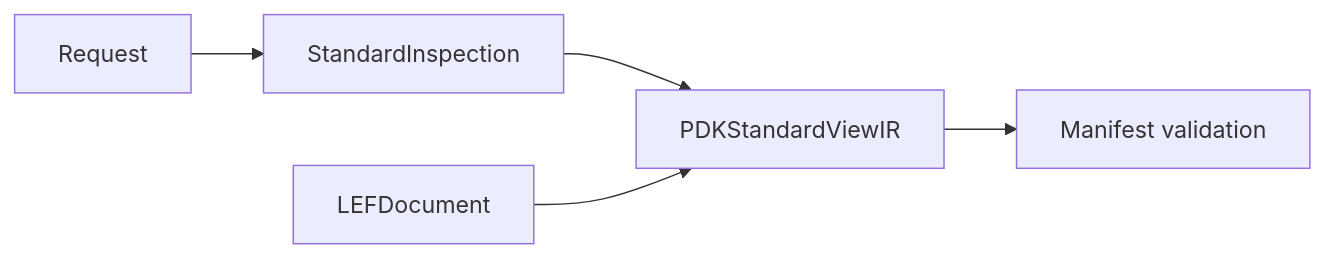
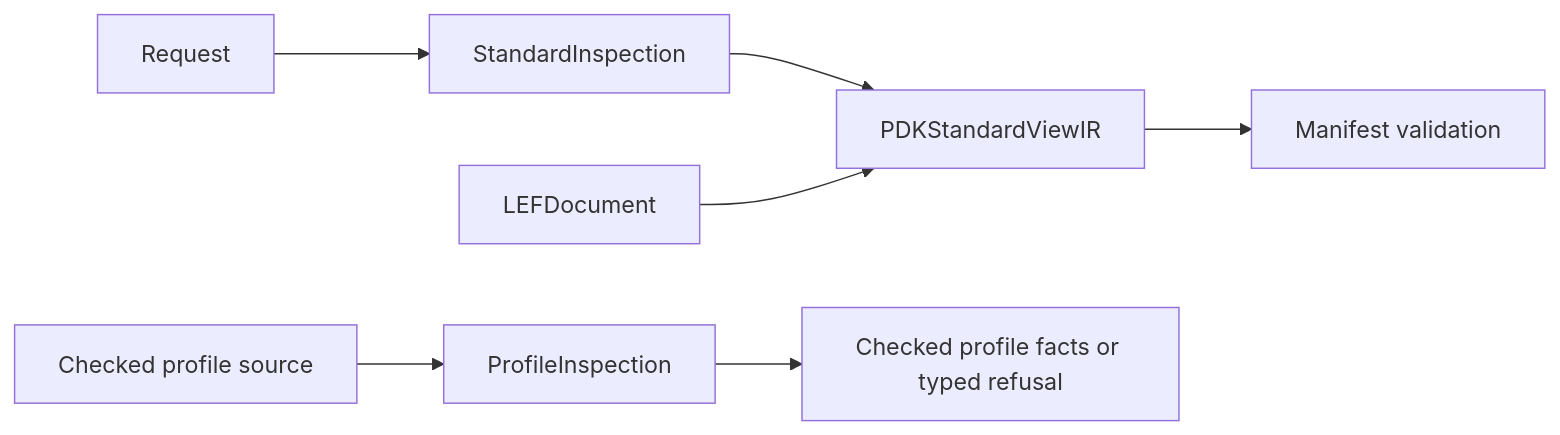
One commit to 1amageek/PDKKit changed the diagram in Sources/PDKStandardViews/DESIGN.md. Above: the diagram before and after it, drawn with Mermaid. The commit also changed other lines of this file and 21 other files, not shown here.

````diff
--- a/Sources/PDKStandardViews/DESIGN.md
+++ b/Sources/PDKStandardViews/DESIGN.md
@@ -27,5 +29,6 @@
 ```mermaid
 flowchart LR
   Request --> Inspector[StandardInspection] --> IR[PDKStandardViewIR]
   LEF[LEFDocument] --> IR --> Mapping[Manifest validation]
+  Checked[Checked profile source] --> Profile[ProfileInspection] --> Facts[Checked profile facts or typed refusal]
 ```
````
